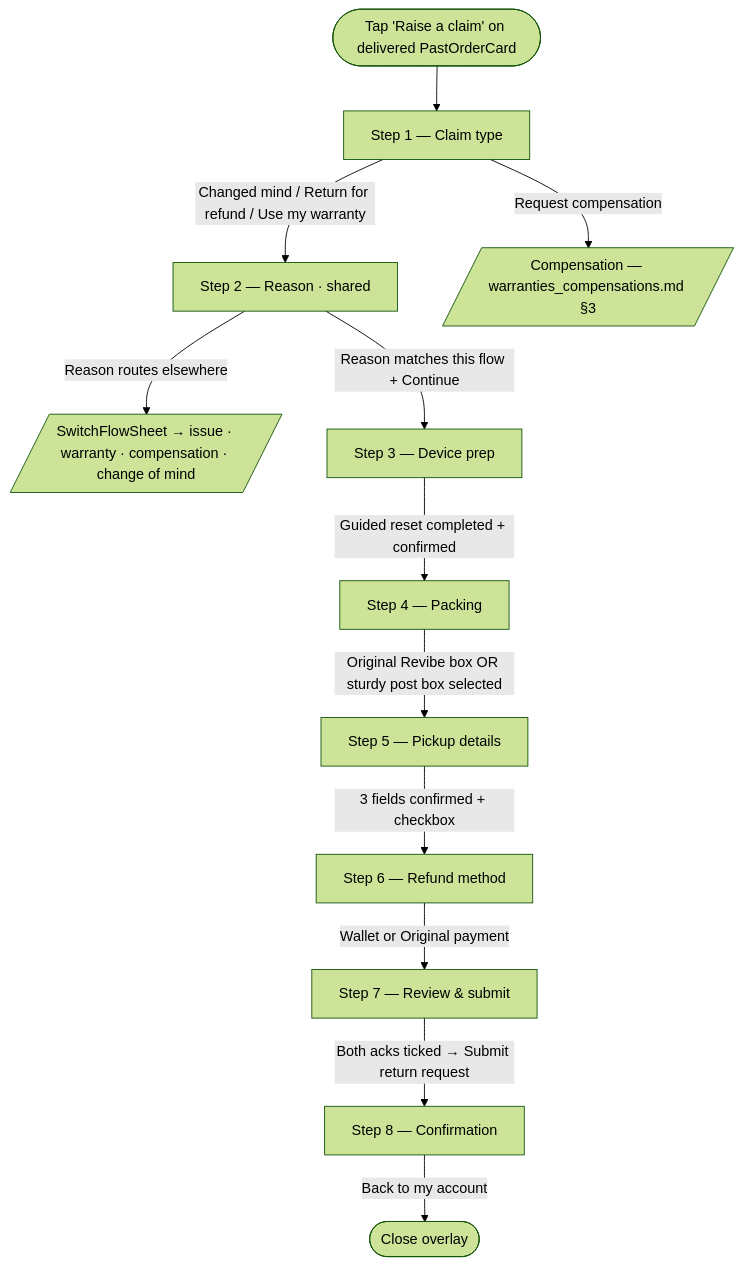
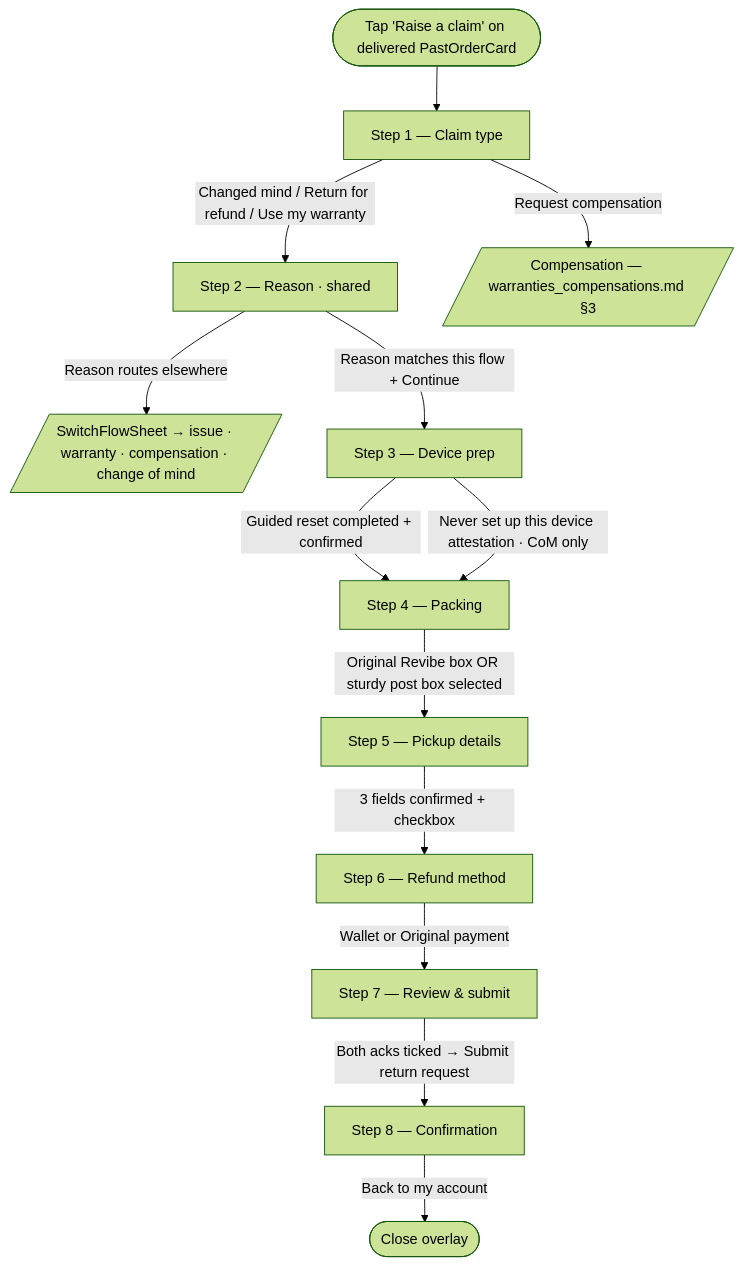
One commit to andrea-revibe/my-account-redesign-v2 changed the first of 2 diagrams in docs/output/returns/change_of_mind.md. Above: the diagram before and after it, drawn with Mermaid (forest theme). The commit also changed other lines of this file and 9 other files, not shown here.

````diff
--- a/docs/output/returns/change_of_mind.md
+++ b/docs/output/returns/change_of_mind.md
@@ -28,14 +28,15 @@
 ```mermaid
 flowchart TD
   entry([Tap 'Raise a claim' on delivered PastOrderCard]) --> s1[Step 1 — Claim type]
   s1 -->|Changed mind / Return for refund / Use my warranty| s2[Step 2 — Reason · shared]
   s1 -->|Request compensation| comp[/Compensation — warranties_compensations.md §3/]
   s2 -->|Reason routes elsewhere| sheet[/SwitchFlowSheet → issue · warranty · compensation · change of mind/]
   s2 -->|Reason matches this flow + Continue| s3[Step 3 — Device prep]
   s3 -->|Guided reset completed + confirmed| s4[Step 4 — Packing]
+  s3 -->|"Never set up this device" attestation · CoM only| s4
   s4 -->|Original Revibe box OR sturdy post box selected| s5[Step 5 — Pickup details]
   s5 -->|3 fields confirmed + checkbox| s6[Step 6 — Refund method]
   s6 -->|Wallet or Original payment| s7[Step 7 — Review & submit]
   s7 -->|Both acks ticked → Submit return request| s8[Step 8 — Confirmation]
   s8 -->|Back to my account| close([Close overlay])
 ```
````
